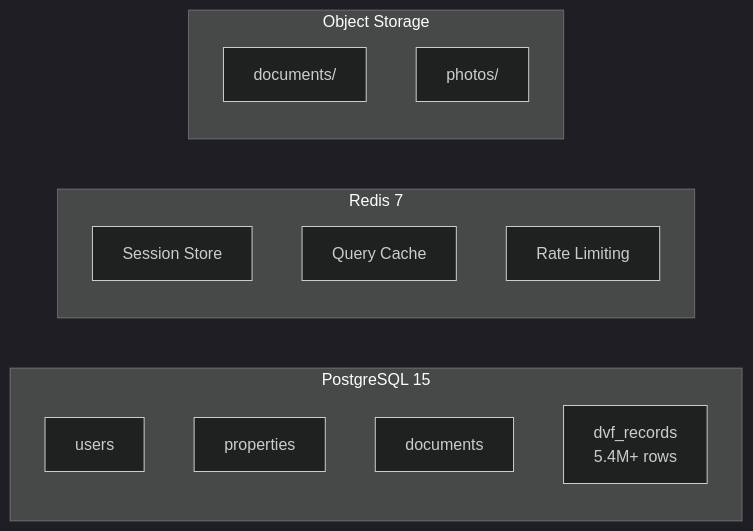
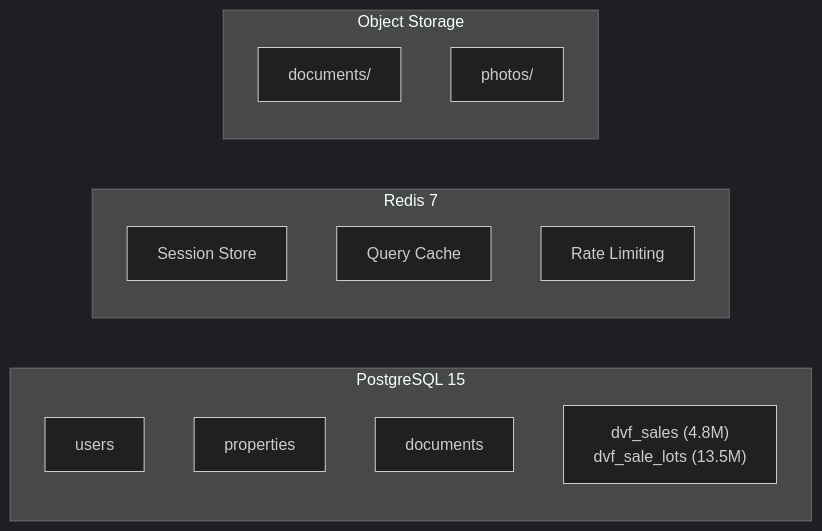
One commit to benjamin-karaoglan/AppArtAgent changed the fourth of 9 diagrams in docs/architecture/overview.md. Above: the diagram before and after it, drawn with Mermaid (dark theme). The commit also changed other lines of this file and 14 other files, not shown here.

First line of the commit message:
docs: update documentation for geolocalized DVF and new architecture

````diff
--- a/docs/architecture/overview.md
+++ b/docs/architecture/overview.md
@@ -178,20 +178,20 @@
 ```mermaid
 flowchart LR
     subgraph PostgreSQL["PostgreSQL 15"]
         Users["users"]
         Properties["properties"]
         Documents["documents"]
-        DVF["dvf_records<br/>5.4M+ rows"]
+        DVF["dvf_sales (4.8M)<br/>dvf_sale_lots (13.5M)"]
     end
 
     subgraph Redis["Redis 7"]
         Sessions["Session Store"]
         Cache["Query Cache"]
         RateLimit["Rate Limiting"]
     end
 
     subgraph ObjectStorage["Object Storage"]
         DocBucket["documents/"]
         PhotoBucket["photos/"]
     end
 ```
````
